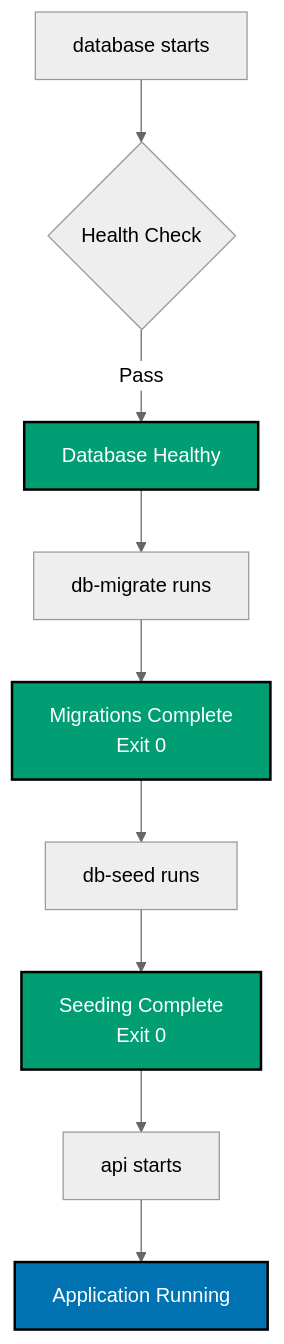
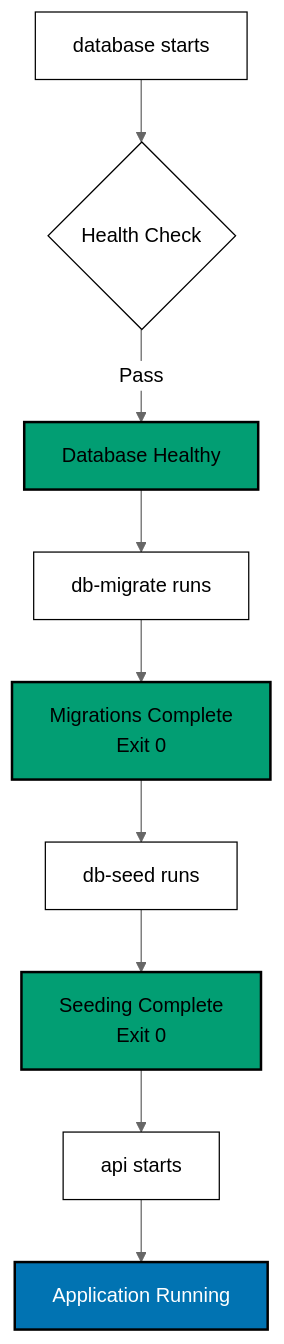
One commit to wahidyankf/ose-public changed diagram 11 of 11 in apps/ayokoding-www/content/en/learn/legacy/software-engineering/infrastructure/tools/docker/by-example/intermediate.md. Above: the diagram before and after it, drawn with Mermaid (neutral theme). The commit also changed other lines of this file and 131 other files, not shown here.

First line of the commit message:
fix(mermaid): bring the legacy data, infrastructure, and testing diagrams onto the accessible palette

````diff
--- a/apps/ayokoding-www/content/en/learn/legacy/software-engineering/infrastructure/tools/docker/by-example/intermediate.md
+++ b/apps/ayokoding-www/content/en/learn/legacy/software-engineering/infrastructure/tools/docker/by-example/intermediate.md
@@ -2804,17 +2863,22 @@
 ```mermaid
 %% Color Palette: Blue #0173B2, Orange #DE8F05, Teal #029E73, Purple #CC78BC, Brown #CA9161
 graph TD
+ accTitle: Example 43: Init Containers Pattern
+ accDescr: Graph with 9 nodes and 8 connections. Nodes: database starts, Health Check, Database Healthy, db-migrate runs, Migrations Complete Exit 0, db-seed runs, Seeding Complete Exit 0, api starts, Application Running. Connections: database starts to Health Check, Health Check to Database Healthy (Pass), Database Healthy to db-migrate runs, db-migrate runs to Migrations Complete Exit 0, Migrations Complete Exit 0 to db-seed runs, db-seed runs to Seeding Complete Exit 0, Seeding Complete Exit 0 to api starts, api starts to Application Running.
  A["database starts"] --> B{Health Check}
  B -->|Pass| C["Database Healthy"]
  C --> D["db-migrate runs"]
  D --> E["Migrations Complete<br/>Exit 0"]
  E --> F["db-seed runs"]
  F --> G["Seeding Complete<br/>Exit 0"]
  G --> H["api starts"]
  H --> I["Application Running"]
 
- style C fill:#029E73,stroke:#000000,stroke-width:2px,color:#fff
- style E fill:#029E73,stroke:#000000,stroke-width:2px,color:#fff
- style G fill:#029E73,stroke:#000000,stroke-width:2px,color:#fff
- style I fill:#0173B2,stroke:#000000,stroke-width:2px,color:#fff
+ classDef pal-029E73 fill:#029E73,stroke:#000000,color:#000000,stroke-width:2px
+ class C pal-029E73
+ class E pal-029E73
+ class G pal-029E73
+ classDef pal-0173B2 fill:#0173B2,stroke:#000000,color:#FFFFFF,stroke-width:2px
+ class I pal-0173B2
+ classDef default fill:#FFFFFF,stroke:#000000,color:#000000
 ```
````
